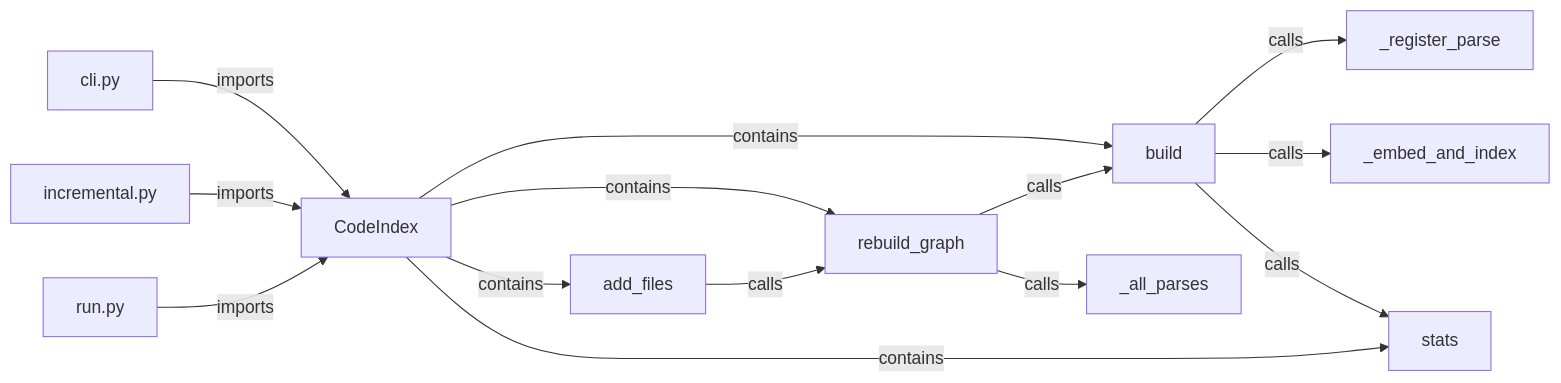
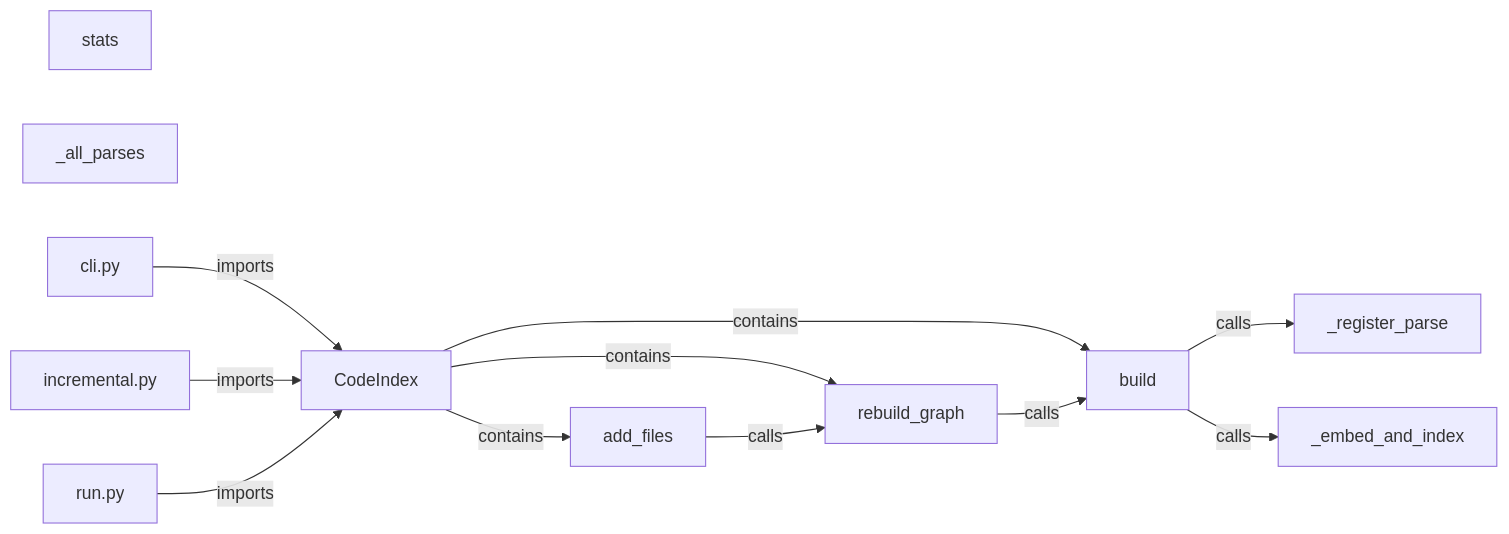
The diagram in README.md (TheYellowDuck/RAG-codebase), drawn with Mermaid before and after one commit. The commit also changed other lines of this file, not shown here.

````diff
--- a/README.md
+++ b/README.md
@@ -517,20 +85,17 @@
 ```mermaid
 graph LR
   CodeIndex["CodeIndex"]
   build["build"]; reg["_register_parse"]; emb["_embed_and_index"]; stats["stats"]
   rebuild["rebuild_graph"]; allp["_all_parses"]; add["add_files"]
   cli["cli.py"]; inc["incremental.py"]; run["run.py"]
   CodeIndex -->|contains| build
   CodeIndex -->|contains| rebuild
   CodeIndex -->|contains| add
-  CodeIndex -->|contains| stats
   build -->|calls| reg
   build -->|calls| emb
-  build -->|calls| stats
   rebuild -->|calls| build
-  rebuild -->|calls| allp
   add -->|calls| rebuild
   cli -->|imports| CodeIndex
   inc -->|imports| CodeIndex
   run -->|imports| CodeIndex
 ```
````
